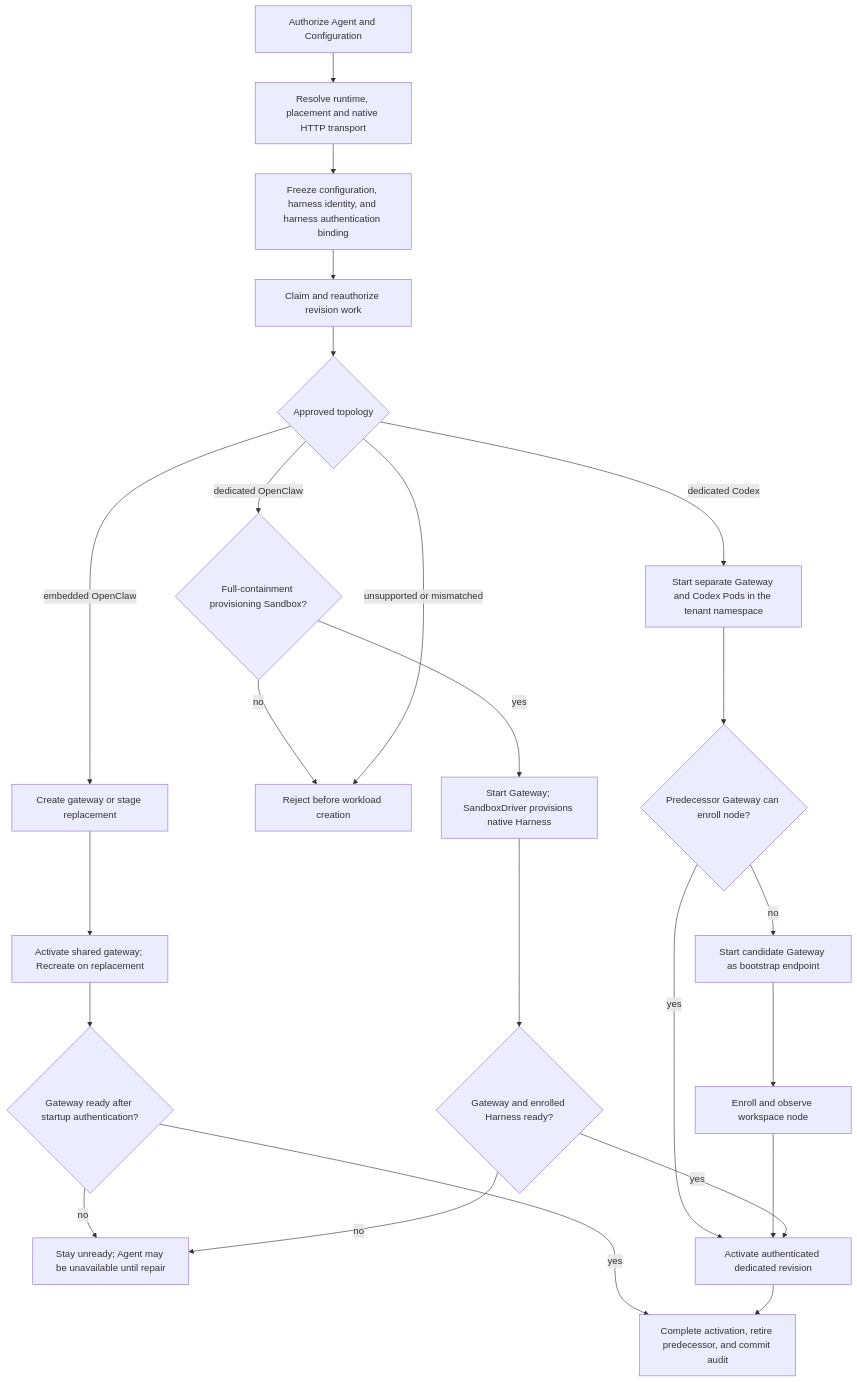
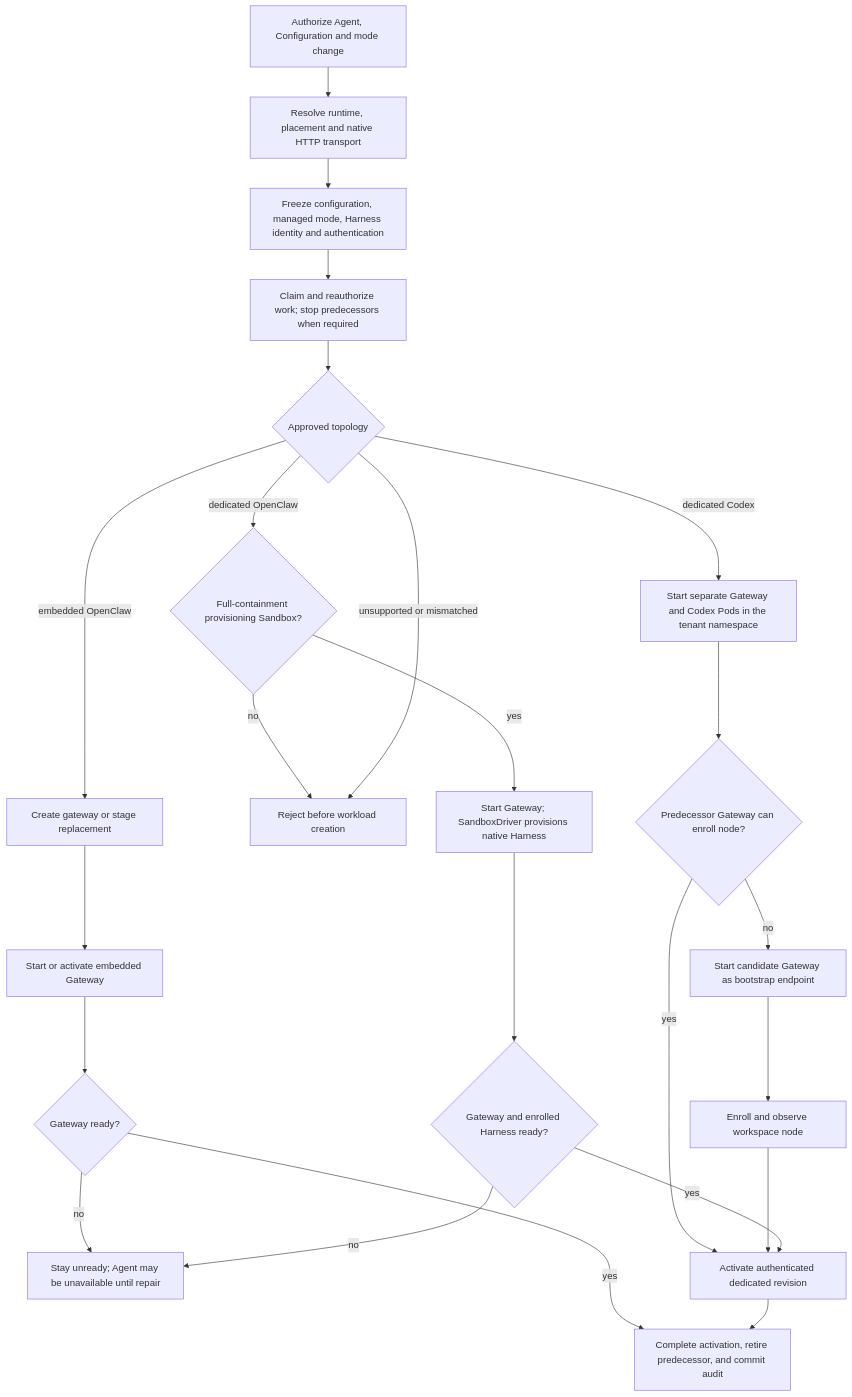
The diagram in docs/flows/harness-execution-topology.md (anmol0b/openclaw-enterprise), drawn with Mermaid before and after one commit. The commit also changed other lines of this file and 53 other files, not shown here.

Commit message:
feat: add Gateway managed mode to Agent deployments

````diff
--- a/docs/flows/harness-execution-topology.md
+++ b/docs/flows/harness-execution-topology.md
@@ -26,26 +26,26 @@
 ```mermaid
 graph TD
-  A["Authorize Agent and Configuration"] --> B["Resolve runtime, placement and native HTTP transport"]
-  B --> C["Freeze configuration, harness identity, and harness authentication binding"]
-  C --> D["Claim and reauthorize revision work"]
+  A["Authorize Agent, Configuration and mode change"] --> B["Resolve runtime, placement and native HTTP transport"]
+  B --> C["Freeze configuration, managed mode, Harness identity and authentication"]
+  C --> D["Claim and reauthorize work; stop predecessors when required"]
   D --> E{"Approved topology"}
   E -->|embedded OpenClaw| F["Create gateway or stage replacement"]
   E -->|dedicated Codex| G["Start separate Gateway and Codex Pods in the tenant namespace"]
   E -->|dedicated OpenClaw| Q{"Full-containment provisioning Sandbox?"}
   Q -->|no| H
   Q -->|yes| R["Start Gateway; SandboxDriver provisions native Harness"]
   E -->|unsupported or mismatched| H["Reject before workload creation"]
-  F --> I["Activate shared gateway; Recreate on replacement"]
-  I --> K{"Gateway ready after startup authentication?"}
+  F --> I["Start or activate embedded Gateway"]
+  I --> K{"Gateway ready?"}
   K -->|no| L["Stay unready; Agent may be unavailable until repair"]
   K -->|yes| J["Complete activation, retire predecessor, and commit audit"]
   G --> N{"Predecessor Gateway can enroll node?"}
   N -->|yes| M["Activate authenticated dedicated revision"]
   N -->|no| O["Start candidate Gateway as bootstrap endpoint"]
   O --> P["Enroll and observe workspace node"]
   P --> M
   R --> S{"Gateway and enrolled Harness ready?"}
   S -->|no| L
   S -->|yes| M
   M --> J
 ```
````
